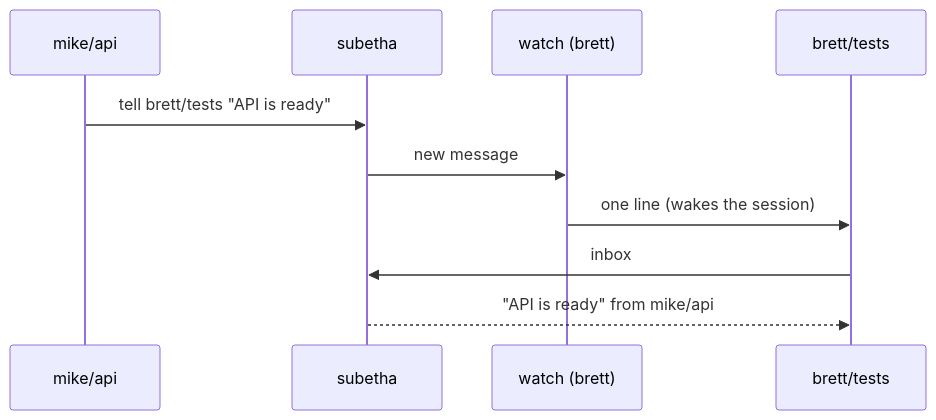
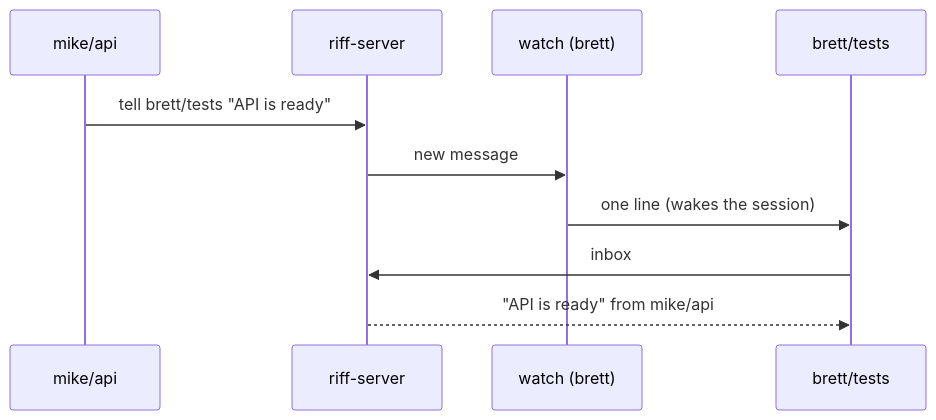
The third of 4 diagrams in docs/src/how-it-works.md (como-technologies/riff), drawn with Mermaid before and after one commit. The commit also changed other lines of this file and 15 other files, not shown here.

````diff
--- a/docs/src/how-it-works.md
+++ b/docs/src/how-it-works.md
@@ -41,12 +44,12 @@
 ```mermaid
 sequenceDiagram
     participant A as mike/api
-    participant E as subetha
+    participant E as riff-server
     participant W as watch (brett)
     participant B as brett/tests
     A->>E: tell brett/tests "API is ready"
     E->>W: new message
     W->>B: one line (wakes the session)
     B->>E: inbox
     E-->>B: "API is ready" from mike/api
 ```
````
